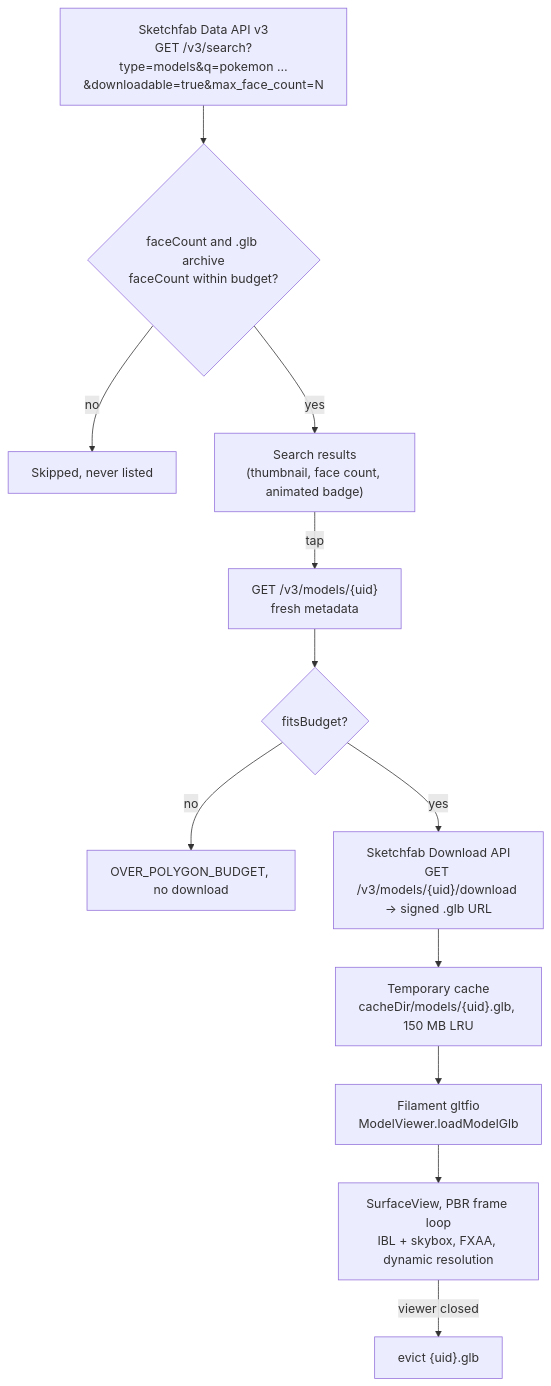
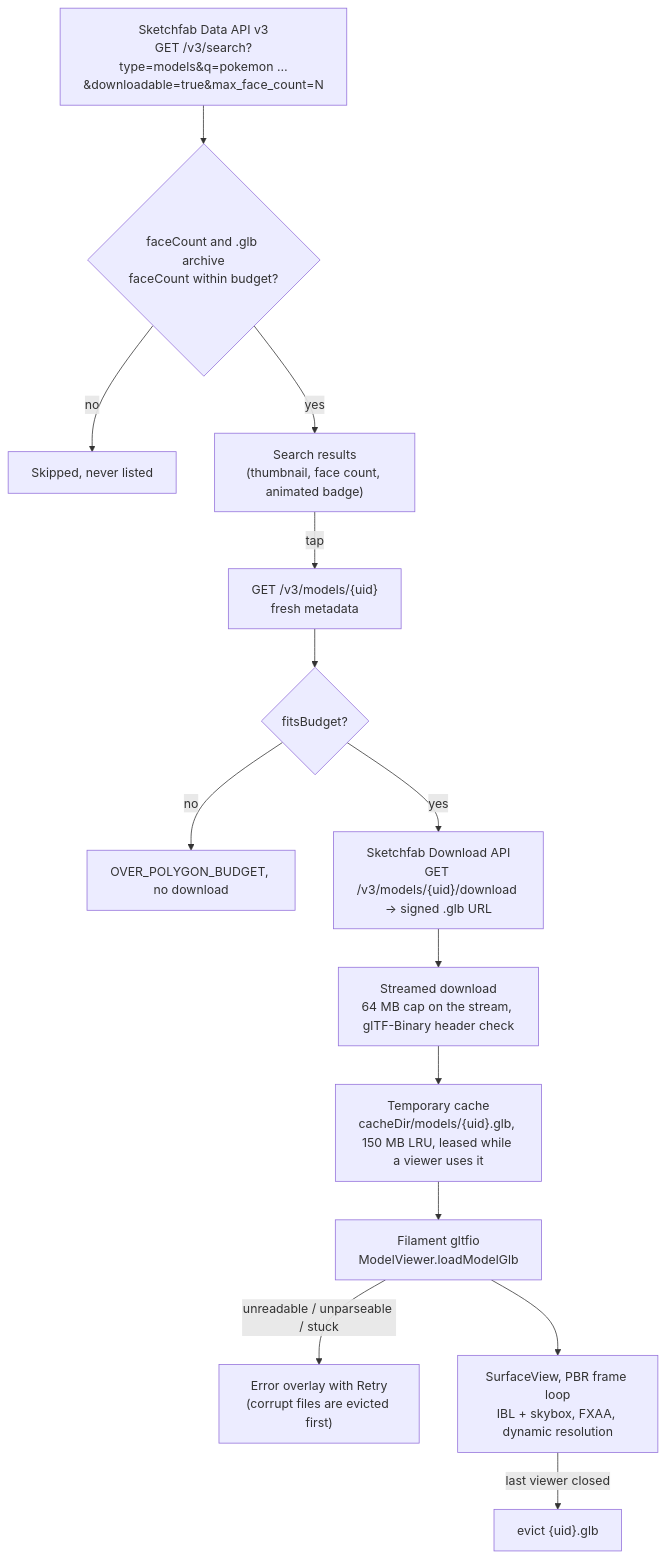
The diagram in README.md (mmroberto100/FilamentPokemon), drawn with Mermaid before and after one commit. The commit also changed other lines of this file and 9 other files, not shown here.

````diff
--- a/README.md
+++ b/README.md
@@ -13,14 +13,16 @@
 ```mermaid
 flowchart TD
     A["Sketchfab Data API v3<br/>GET /v3/search?type=models&q=pokemon …&downloadable=true&max_face_count=N"] --> B{"faceCount and .glb archive<br/>faceCount within budget?"}
     B -- no --> X["Skipped, never listed"]
     B -- yes --> C["Search results<br/>(thumbnail, face count, animated badge)"]
     C -- tap --> D["GET /v3/models/{uid}<br/>fresh metadata"]
     D --> E{"fitsBudget?"}
     E -- no --> Y["OVER_POLYGON_BUDGET, no download"]
     E -- yes --> F["Sketchfab Download API<br/>GET /v3/models/{uid}/download → signed .glb URL"]
-    F --> G["Temporary cache<br/>cacheDir/models/{uid}.glb, 150 MB LRU"]
-    G --> H["Filament gltfio<br/>ModelViewer.loadModelGlb"]
+    F --> G["Streamed download<br/>64 MB cap on the stream, glTF-Binary header check"]
+    G --> G2["Temporary cache<br/>cacheDir/models/{uid}.glb, 150 MB LRU, leased while a viewer uses it"]
+    G2 --> H["Filament gltfio<br/>ModelViewer.loadModelGlb"]
+    H -- unreadable / unparseable / stuck --> Z["Error overlay with Retry<br/>(corrupt files are evicted first)"]
     H --> I["SurfaceView, PBR frame loop<br/>IBL + skybox, FXAA, dynamic resolution"]
-    I -- viewer closed --> J["evict {uid}.glb"]
+    I -- last viewer closed --> J["evict {uid}.glb"]
 ```
````
